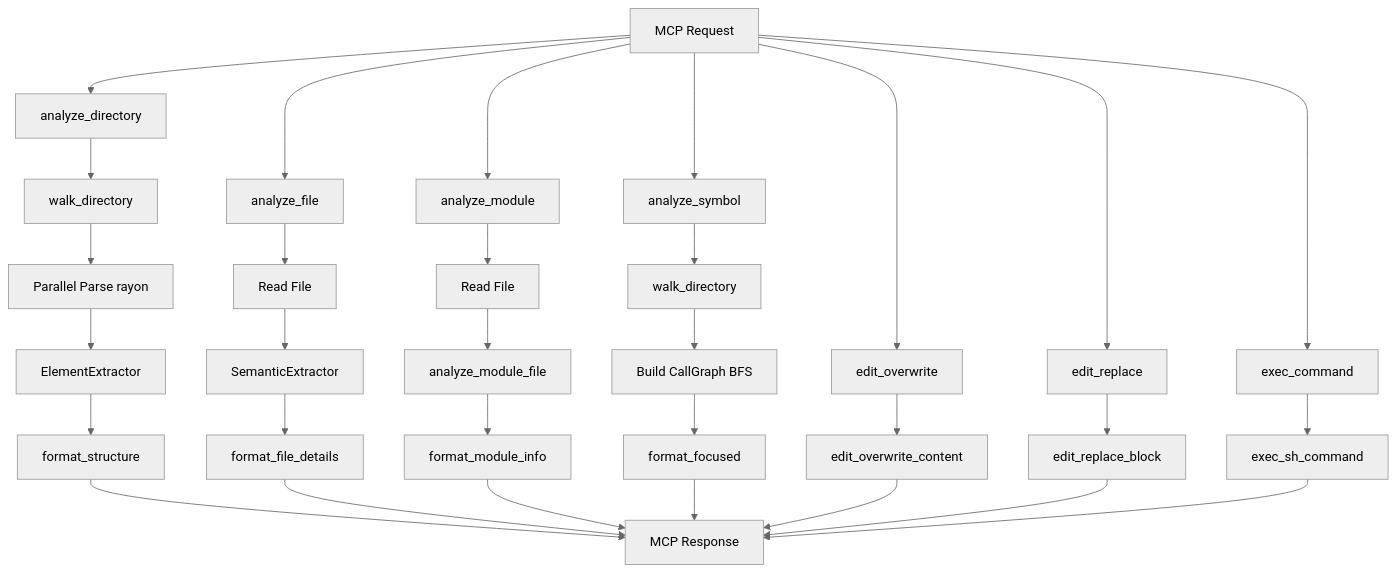
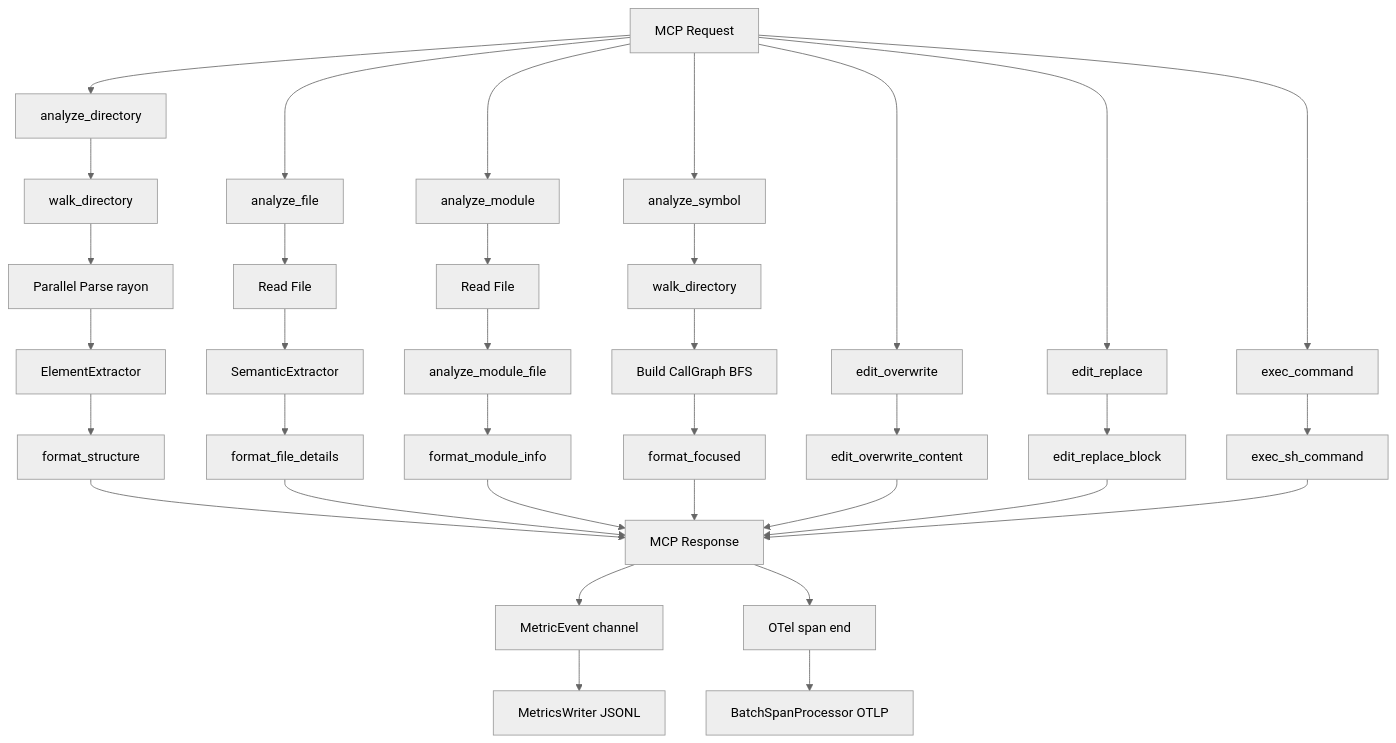
The diagram in docs/ARCHITECTURE.md (clouatre-labs/code-analyze-mcp), drawn with Mermaid (neutral theme) before and after one commit. The commit also changed other lines of this file and 2 other files, not shown here.

First line of the commit message:
docs: sync ARCHITECTURE, ROADMAP with observability-v1, rename, and Fortran handler

````diff
--- a/docs/ARCHITECTURE.md
+++ b/docs/ARCHITECTURE.md
@@ -46,33 +48,37 @@
 ```mermaid
 graph TD
     A["MCP Request"] --> B1["analyze_directory"]
     A --> B2["analyze_file"]
     A --> B4["analyze_module"]
     A --> B3["analyze_symbol"]
     A --> B6["edit_overwrite"]
     A --> B7["edit_replace"]
     A --> B10["exec_command"]
     B1 --> M["walk_directory"]
     M --> N["Parallel Parse rayon"]
     N --> O["ElementExtractor"]
     O --> P["format_structure"]
     B2 --> J["Read File"]
     J --> K["SemanticExtractor"]
     K --> L["format_file_details"]
     B4 --> R["Read File"]
     R --> S["analyze_module_file"]
     S --> T["format_module_info"]
     B3 --> G["walk_directory"]
     G --> H["Build CallGraph BFS"]
     H --> I["format_focused"]
     B6 --> F2["edit_overwrite_content"]
     B7 --> F3["edit_replace_block"]
     B10 --> F6["exec_sh_command"]
     P --> Q["MCP Response"]
     L --> Q
     T --> Q
     I --> Q
     F2 --> Q
     F3 --> Q
     F6 --> Q
+    Q --> Z1["MetricEvent channel"]
+    Z1 --> Z2["MetricsWriter JSONL"]
+    Q --> Z3["OTel span end"]
+    Z3 --> Z4["BatchSpanProcessor OTLP"]
 ```
````
